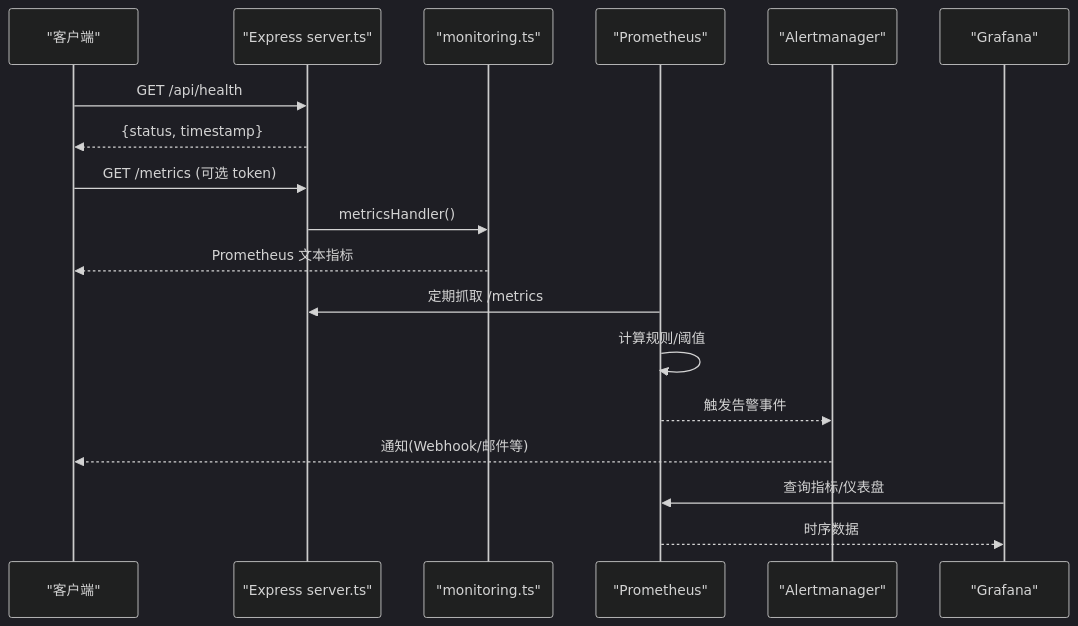
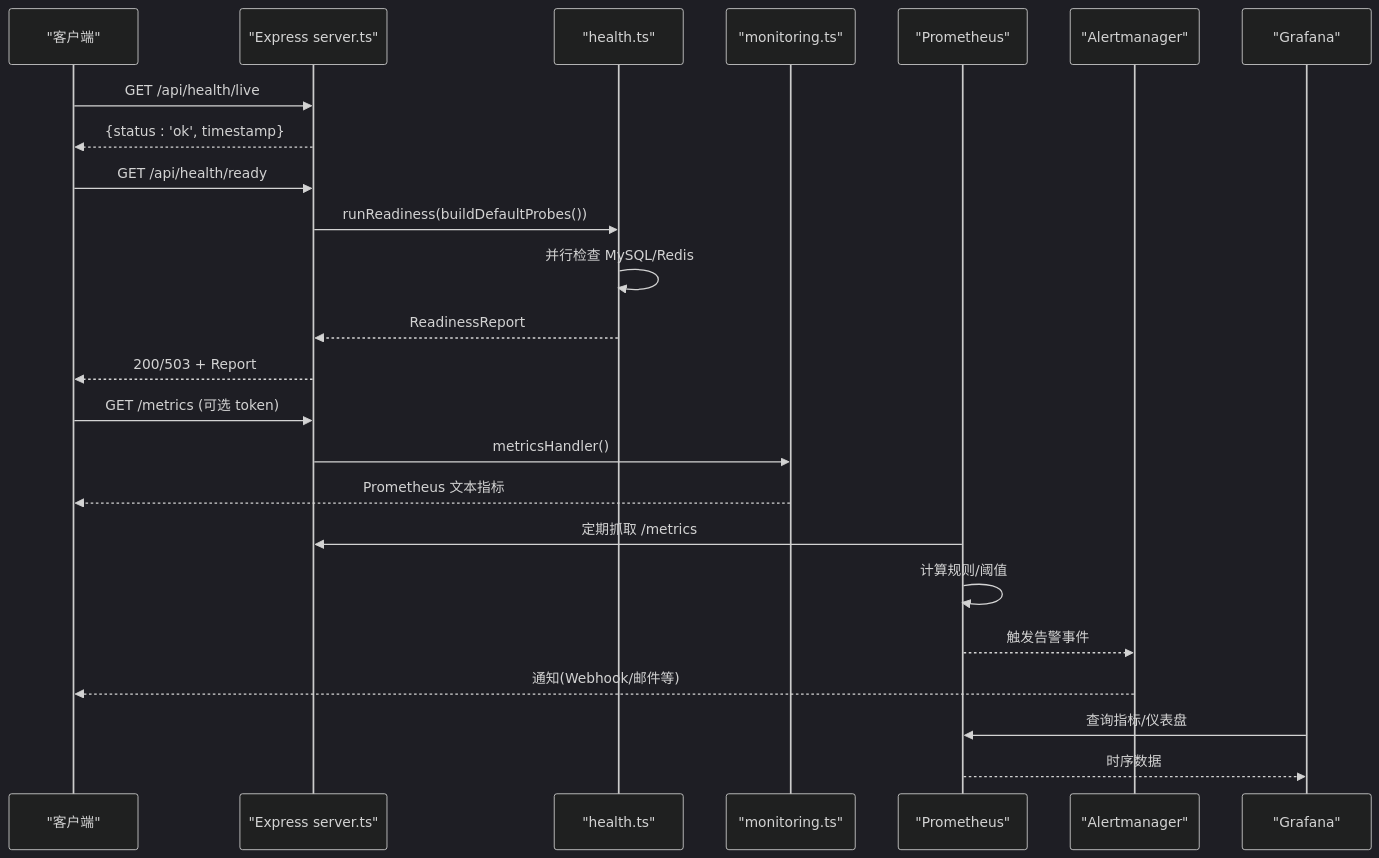
The second of 10 diagrams in .qoder/repowiki/zh/content/API参考/管理API/监控指标API.md (dgjin/smart-data-analytics), drawn with Mermaid (dark theme) before and after one commit. The commit also changed other lines of this file and 100 other files, not shown here.

````diff
--- a/.qoder/repowiki/zh/content/API参考/管理API/监控指标API.md
+++ b/.qoder/repowiki/zh/content/API参考/管理API/监控指标API.md
@@ -78,20 +97,26 @@
 ```mermaid
 sequenceDiagram
 participant Client as "客户端"
 participant Server as "Express server.ts"
+participant Health as "health.ts"
 participant Mon as "monitoring.ts"
 participant Prom as "Prometheus"
 participant AM as "Alertmanager"
 participant Graf as "Grafana"
-Client->>Server : GET /api/health
-Server-->>Client : {status, timestamp}
+Client->>Server : GET /api/health/live
+Server-->>Client : {status : 'ok', timestamp}
+Client->>Server : GET /api/health/ready
+Server->>Health : runReadiness(buildDefaultProbes())
+Health->>Health : 并行检查 MySQL/Redis
+Health-->>Server : ReadinessReport
+Server-->>Client : 200/503 + Report
 Client->>Server : GET /metrics (可选 token)
 Server->>Mon : metricsHandler()
 Mon-->>Client : Prometheus 文本指标
 Prom->>Server : 定期抓取 /metrics
 Prom->>Prom : 计算规则/阈值
 Prom-->>AM : 触发告警事件
 AM-->>Client : 通知(Webhook/邮件等)
 Graf->>Prom : 查询指标/仪表盘
 Prom-->>Graf : 时序数据
 ```
````
